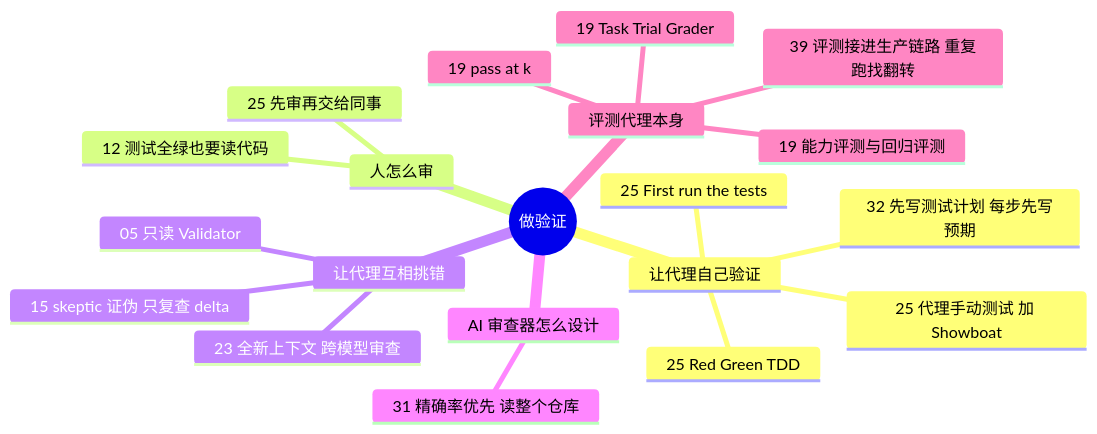
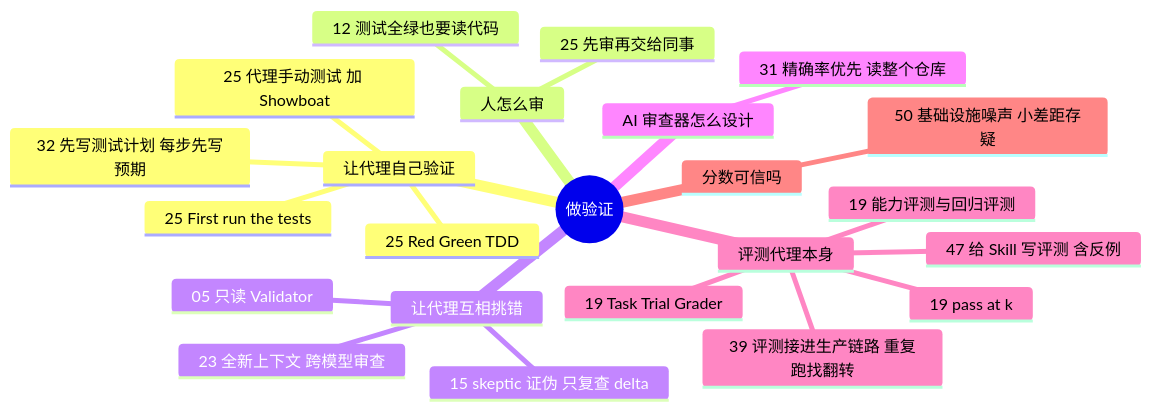
One commit to yzw7489757/ai-coding-videos changed the diagram in docs/guide/verification.md. Above: the diagram before and after it, drawn with Mermaid. The commit also changed other lines of this file and 22 other files, not shown here.

````diff
--- a/docs/guide/verification.md
+++ b/docs/guide/verification.md
@@ -13,23 +13,26 @@
 ```mermaid
 mindmap
   root((做验证))
     让代理自己验证
       25 Red Green TDD
       25 First run the tests
       25 代理手动测试 加 Showboat
       32 先写测试计划 每步先写预期
     人怎么审
       12 测试全绿也要读代码
       25 先审再交给同事
     让代理互相挑错
       15 skeptic 证伪 只复查 delta
       05 只读 Validator
       23 全新上下文 跨模型审查
     AI 审查器怎么设计
       31 精确率优先 读整个仓库
     评测代理本身
       19 Task Trial Grader
       19 能力评测与回归评测
       19 pass at k
       39 评测接进生产链路 重复跑找翻转
+      47 给 Skill 写评测 含反例
+    分数可信吗
+      50 基础设施噪声 小差距存疑
 ```
````
